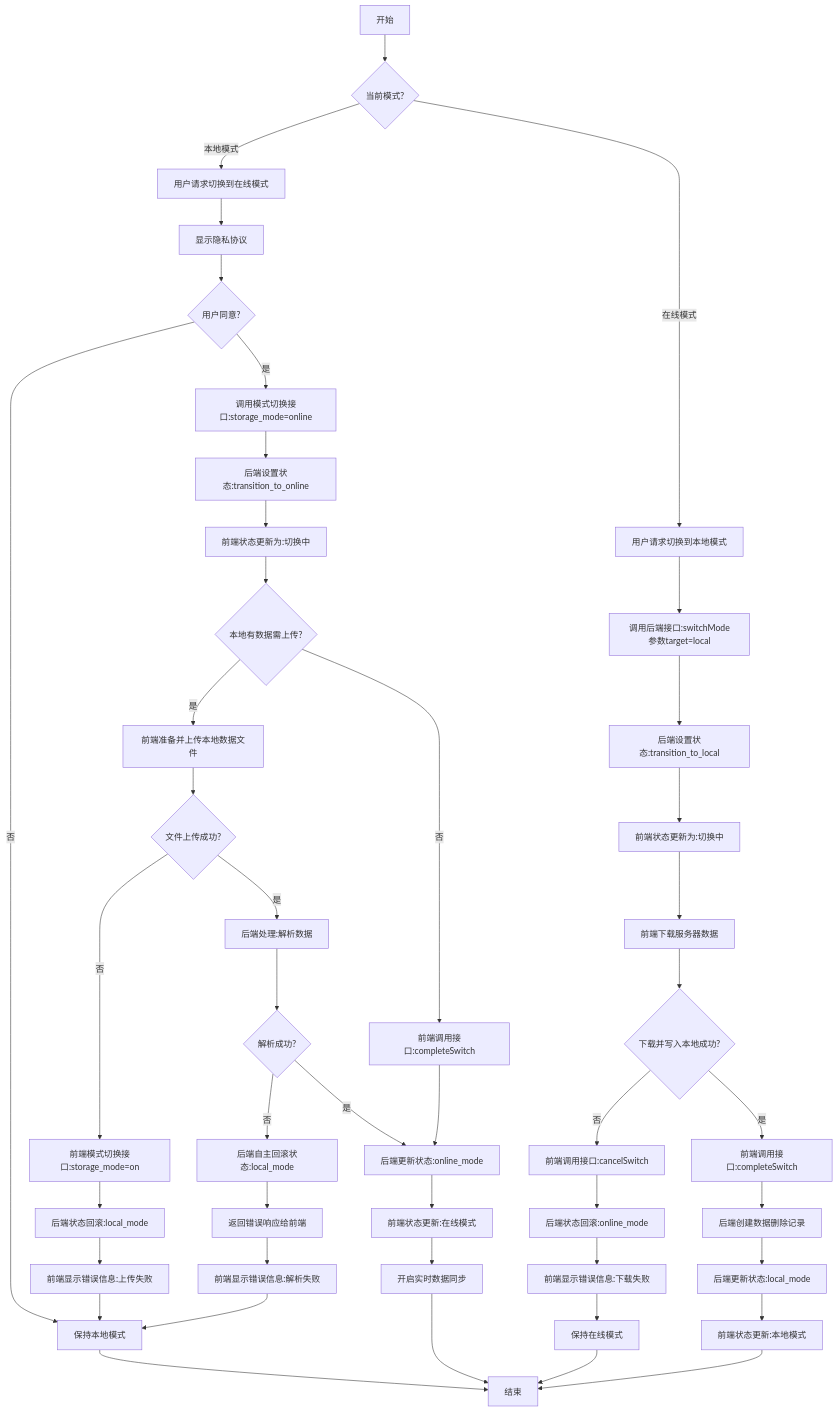
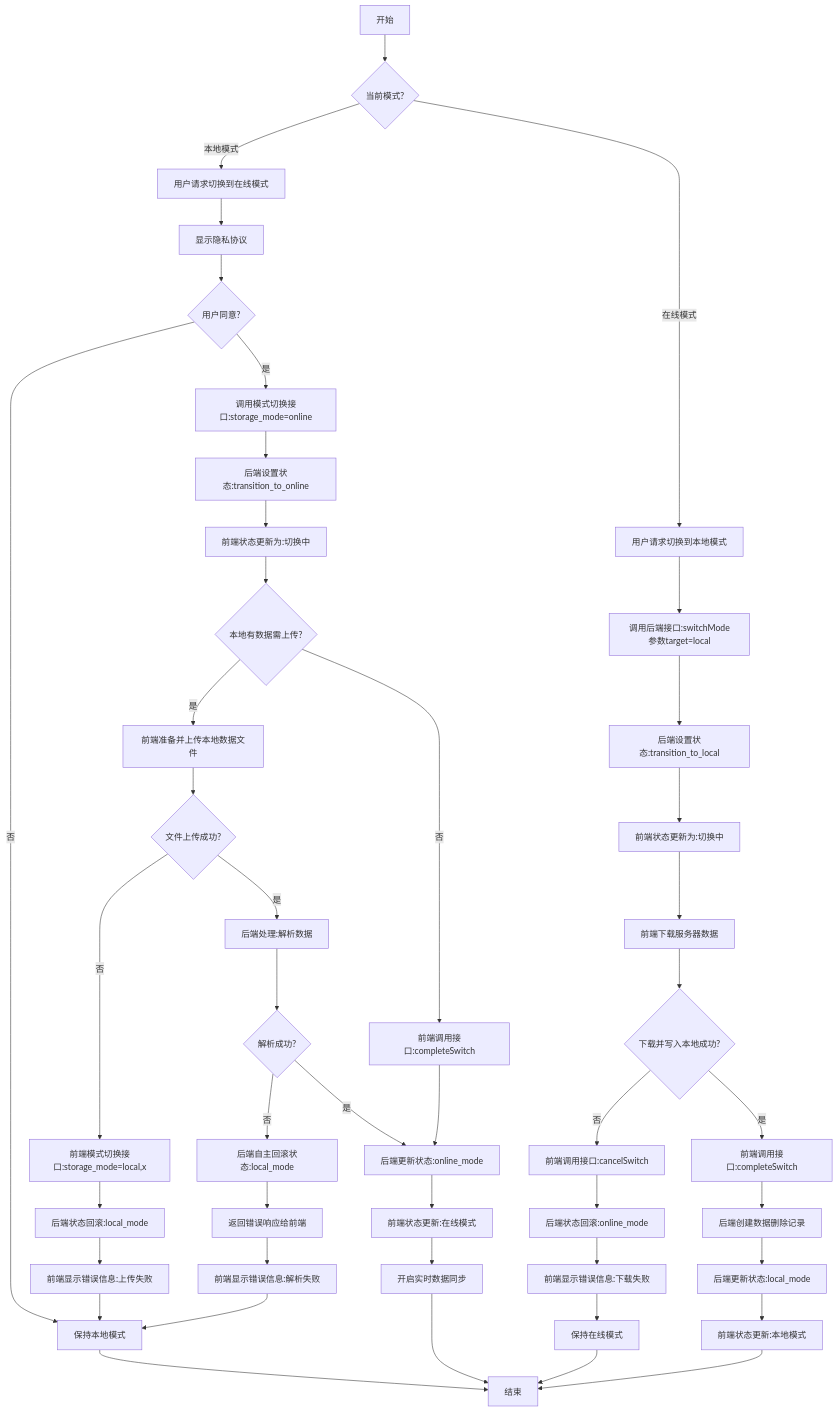
One commit to yingjianzh/iodraw-files changed the diagram in all/未命名-58.md. Above: the diagram before and after it, drawn with Mermaid.

Commit message:
2025-05-14 10:44:01 update

````diff
--- a/all/未命名-58.md
+++ b/all/未命名-58.md
@@ -1,68 +1,68 @@
 ```mermaid
 flowchart TD
     A[开始] --> B{当前模式?}
     
     %% 本地模式转在线模式
     B -->|本地模式| C[用户请求切换到在线模式]
     C --> D[显示隐私协议]
     D --> E{用户同意?}
 
     E -->|否| F[保持本地模式]
     F --> Z[结束]
     
     E -->|是| G[调用模式切换接口:storage_mode=online]
     G --> H[后端设置状态:transition_to_online]
     H --> I[前端状态更新为:切换中]
     
     I --> J{本地有数据需上传?}
     
     %% 有本地数据需上传的情况
     J -->|是| K[前端准备并上传本地数据文件]
     K --> L{文件上传成功?}
     
     %% 上传失败的情况
-    L -->|否| M[前端模式切换接口:storage_mode=on]
+    L -->|否| M[前端模式切换接口:storage_mode=local,x]
     M --> N[后端状态回滚:local_mode]
     N --> O[前端显示错误信息:上传失败]
     O --> F
     
     %% 上传成功但解析失败的情况
     L -->|是| P[后端处理:解析数据]
     P --> Q{解析成功?}
     Q -->|否| R[后端自主回滚状态:local_mode]
     R --> S[返回错误响应给前端]
     S --> T[前端显示错误信息:解析失败]
     T --> F
     
     %% 全部成功的情况
     Q -->|是| U[后端更新状态:online_mode]
     J -->|否| V[前端调用接口:completeSwitch]
     V --> U
     
     U --> W[前端状态更新:在线模式]
     W --> X[开启实时数据同步]
     X --> Z
     
     %% 在线模式转本地模式
     B -->|在线模式| AA[用户请求切换到本地模式]
     AA --> AB[调用后端接口:switchMode参数target=local]
     AB --> AC[后端设置状态:transition_to_local]
     AC --> AD[前端状态更新为:切换中]
     
     AD --> AE[前端下载服务器数据]
     AE --> AF{下载并写入本地成功?}
     
     %% 下载失败的情况
     AF -->|否| AG[前端调用接口:cancelSwitch]
     AG --> AH[后端状态回滚:online_mode]
     AH --> AI[前端显示错误信息:下载失败]
     AI --> AJ[保持在线模式]
     AJ --> Z
     
     %% 下载成功的情况
     AF -->|是| AK[前端调用接口:completeSwitch]
     AK --> AL[后端创建数据删除记录]
     AL --> AM[后端更新状态:local_mode]
     AM --> AN[前端状态更新:本地模式]
     AN --> Z
 ```
````
